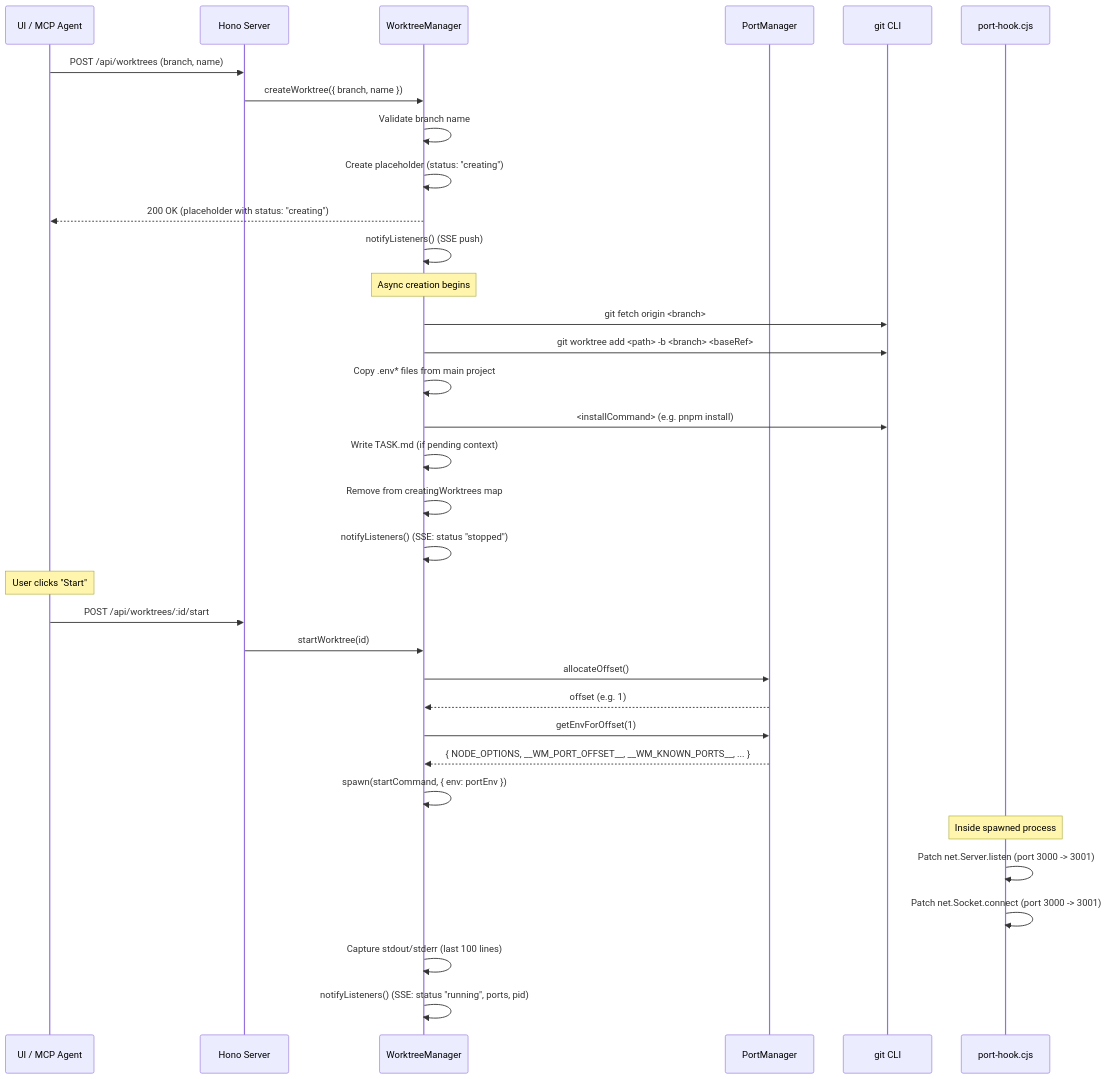
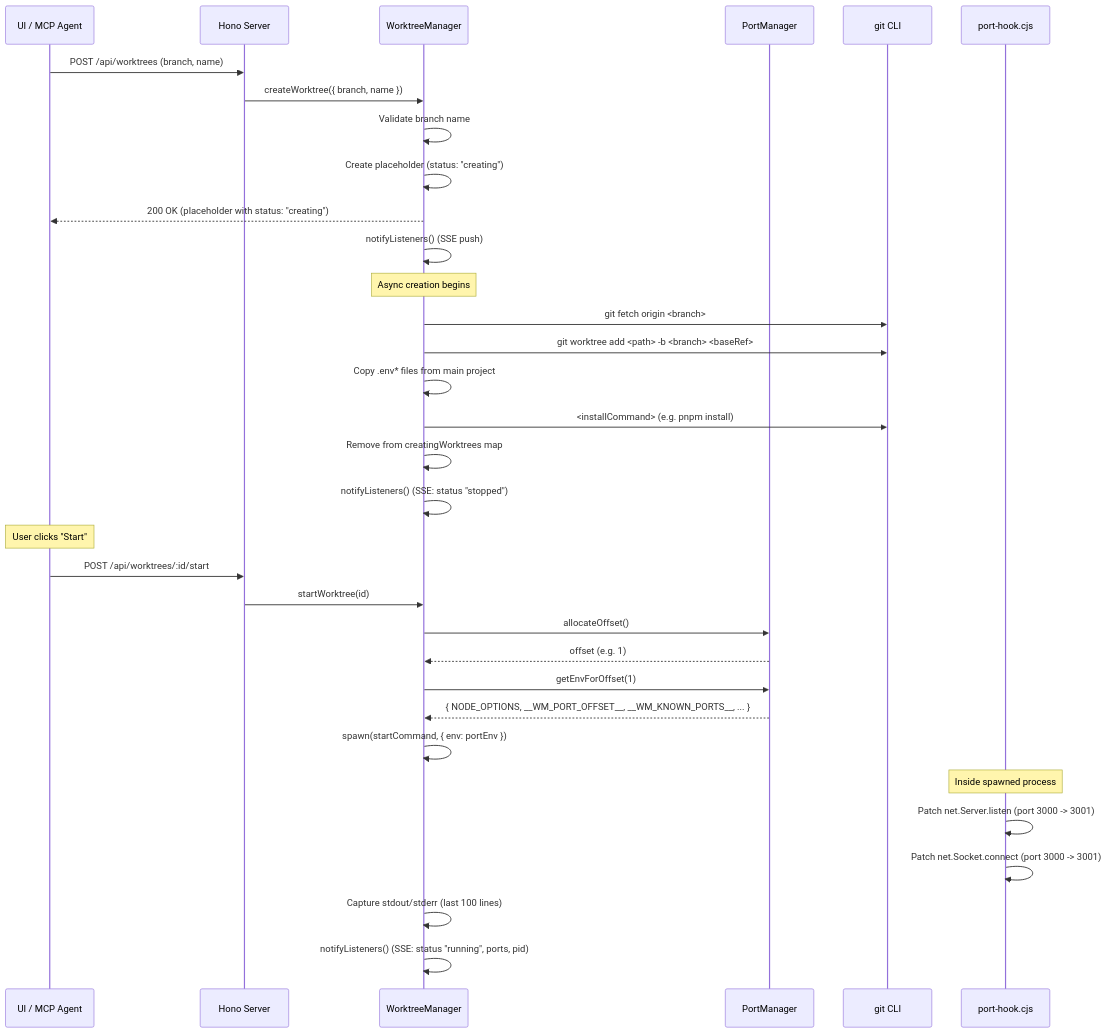
One commit to fum4/openkit changed the third of 3 diagrams in docs/ARCHITECTURE.md. Above: the diagram before and after it, drawn with Mermaid. The commit also changed other lines of this file and 67 other files, not shown here.

````diff
--- a/docs/ARCHITECTURE.md
+++ b/docs/ARCHITECTURE.md
@@ -220,41 +220,40 @@
 ```mermaid
 sequenceDiagram
     participant Client as UI / MCP Agent
     participant API as Hono Server
     participant WM as WorktreeManager
     participant PM as PortManager
     participant Git as git CLI
     participant Hook as port-hook.cjs
 
     Client->>API: POST /api/worktrees (branch, name)
     API->>WM: createWorktree({ branch, name })
     WM->>WM: Validate branch name
     WM->>WM: Create placeholder (status: "creating")
     WM-->>Client: 200 OK (placeholder with status: "creating")
     WM->>WM: notifyListeners() (SSE push)
 
     Note over WM: Async creation begins
     WM->>Git: git fetch origin <branch>
     WM->>Git: git worktree add <path> -b <branch> <baseRef>
     WM->>WM: Copy .env* files from main project
     WM->>Git: <installCommand> (e.g. pnpm install)
-    WM->>WM: Write TASK.md (if pending context)
     WM->>WM: Remove from creatingWorktrees map
     WM->>WM: notifyListeners() (SSE: status "stopped")
 
     Note over Client: User clicks "Start"
     Client->>API: POST /api/worktrees/:id/start
     API->>WM: startWorktree(id)
     WM->>PM: allocateOffset()
     PM-->>WM: offset (e.g. 1)
     WM->>PM: getEnvForOffset(1)
     PM-->>WM: { NODE_OPTIONS, __WM_PORT_OFFSET__, __WM_KNOWN_PORTS__, ... }
     WM->>WM: spawn(startCommand, { env: portEnv })
 
     Note over Hook: Inside spawned process
     Hook->>Hook: Patch net.Server.listen (port 3000 -> 3001)
     Hook->>Hook: Patch net.Socket.connect (port 3000 -> 3001)
 
     WM->>WM: Capture stdout/stderr (last 100 lines)
     WM->>WM: notifyListeners() (SSE: status "running", ports, pid)
 ```
````
